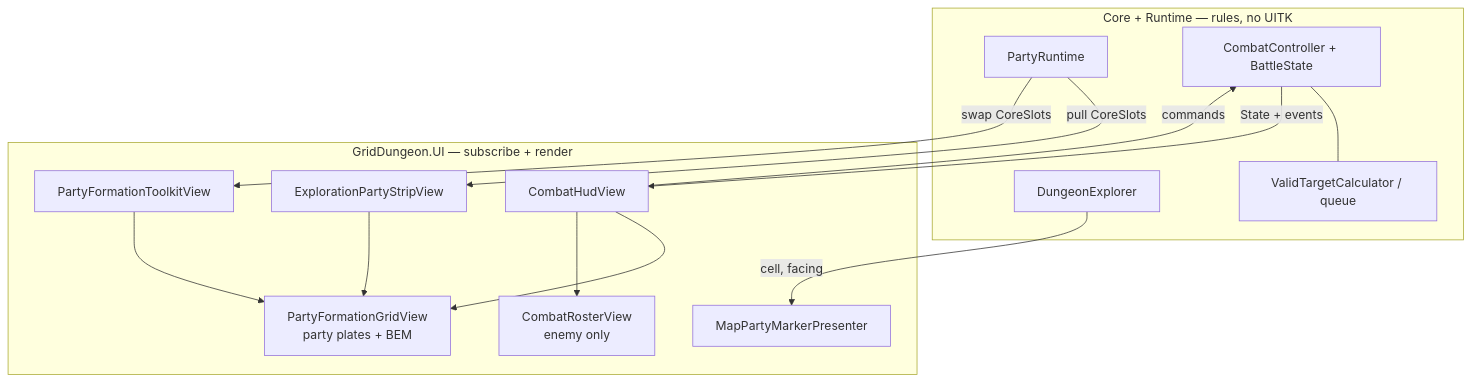
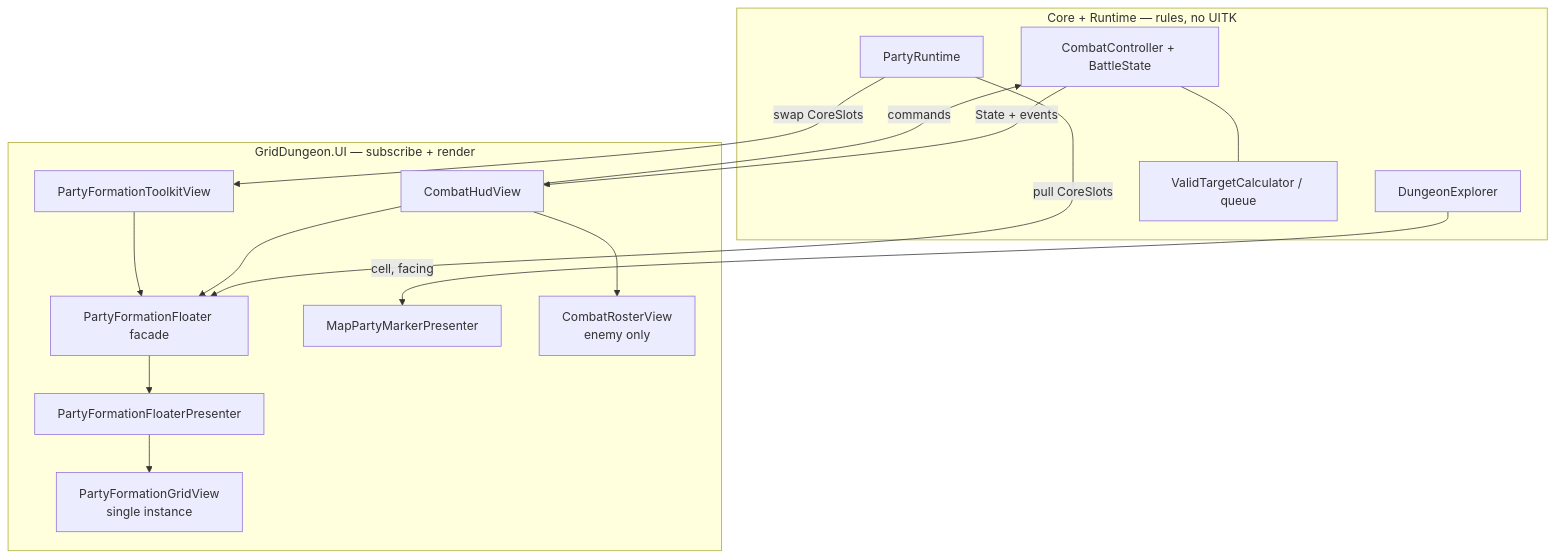
One commit to miramocha/griddungeon-design-docs changed the third of 3 diagrams in docs/04-dev/custom-party-ui.md. Above: the diagram before and after it, drawn with Mermaid. The commit also changed other lines of this file and 4 other files, not shown here.

Commit message:
docs(ui): party floater facade and formation auto-engage on reveal

````diff
--- a/docs/04-dev/custom-party-ui.md
+++ b/docs/04-dev/custom-party-ui.md
@@ -67,29 +67,31 @@
 ```mermaid
 flowchart TB
   subgraph core_runtime [Core + Runtime — rules, no UITK]
     PR[PartyRuntime]
     CC[CombatController + BattleState]
     DE[DungeonExplorer]
     VTC[ValidTargetCalculator / queue]
     CC --- VTC
   end
 
   subgraph ui_layer [GridDungeon.UI — subscribe + render]
-    EPS[ExplorationPartyStripView]
+    PFP[PartyFormationFloaterPresenter]
+    PF[PartyFormationFloater facade]
     CHV[CombatHudView]
     PFV[PartyFormationToolkitView]
     MPM[MapPartyMarkerPresenter]
-    PFG["PartyFormationGridView<br/>party plates + BEM"]
+    PFG["PartyFormationGridView<br/>single instance"]
     CRV["CombatRosterView<br/>enemy only"]
   end
 
-  PR -->|pull CoreSlots| EPS
+  PR -->|pull CoreSlots| PF
   PR -->|swap CoreSlots| PFV
   CC -->|State + events| CHV
   DE -->|cell, facing| MPM
-  EPS --> PFG
-  CHV --> PFG
-  PFV --> PFG
+  PF --> PFP
+  PFP --> PFG
+  CHV --> PF
+  PFV --> PF
   CHV --> CRV
   CHV -->|commands| CC
 ```
````
